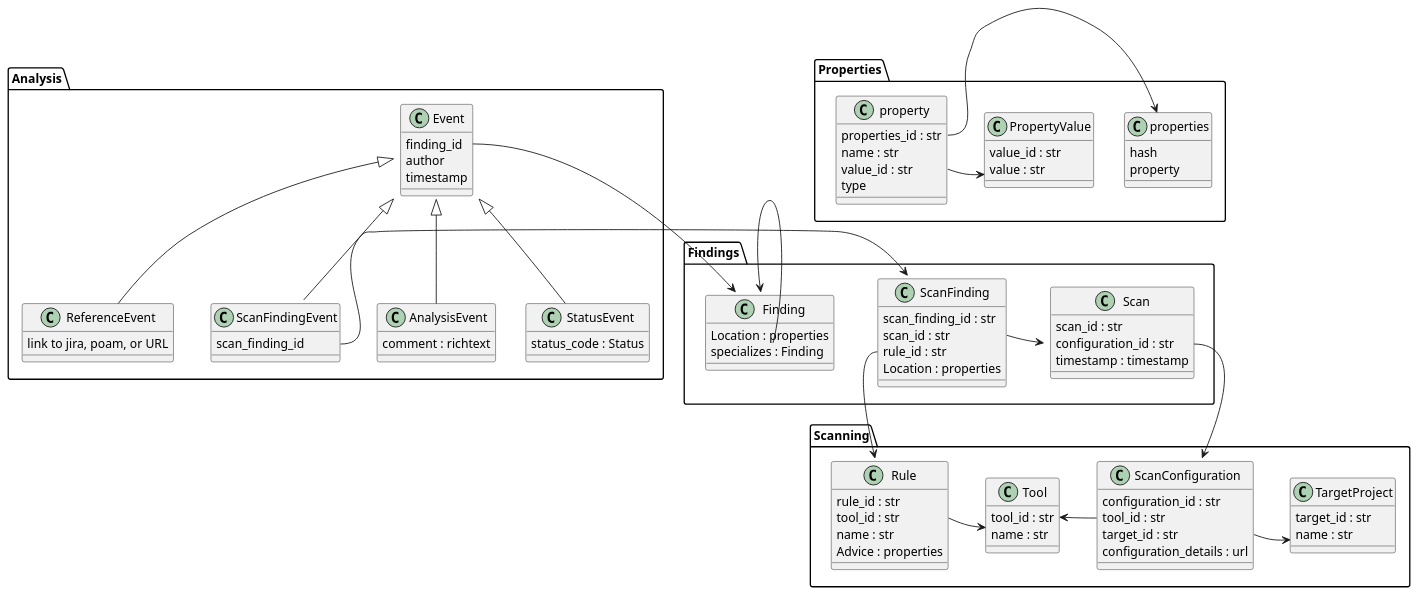
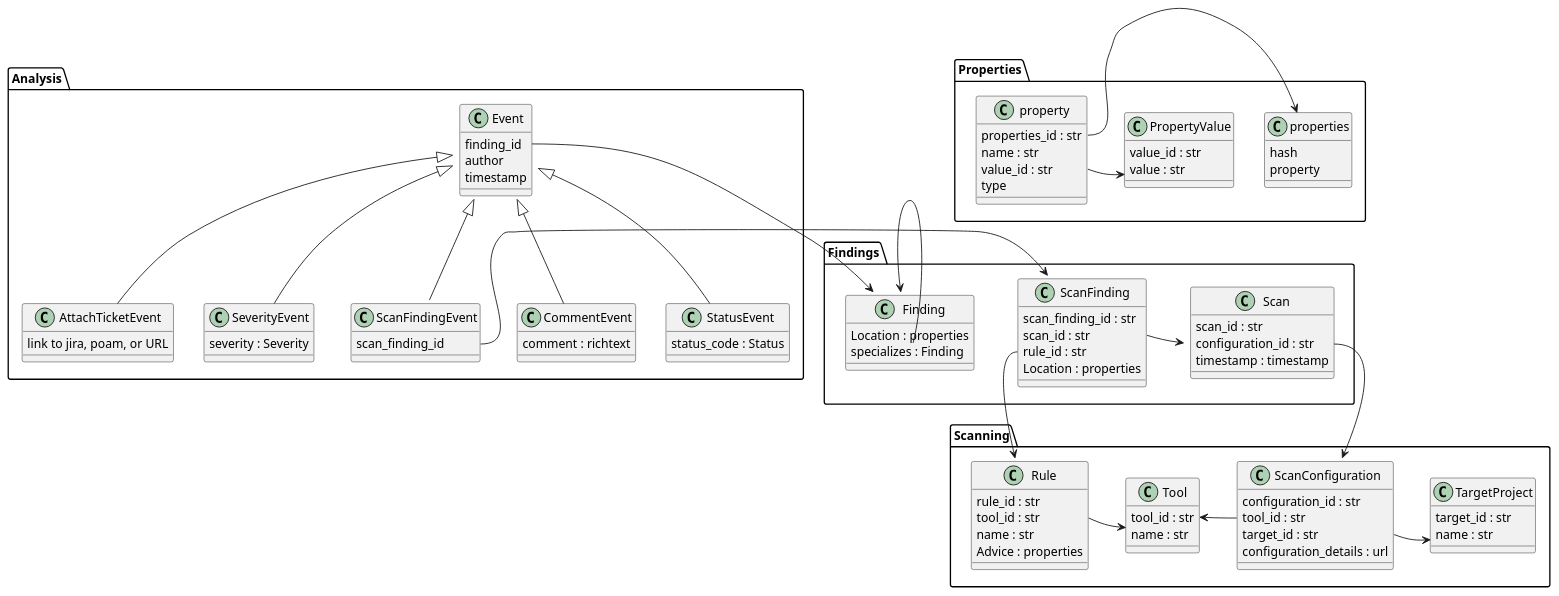
One commit to secknow/sec-kb changed the diagram in vuln-db.puml. Above: the diagram before and after it, drawn with PlantUML. The commit also changed 4 other files, not shown here.

```diff
--- a/vuln-db.puml
+++ b/vuln-db.puml
@@ -1,119 +1,125 @@
 @startuml asdf
 
 package Scanning {
 
     class TargetProject {
         target_id : str
         name : str
     }
 
     class Tool {
         tool_id : str
         name : str
     }
 
     class Rule {
         rule_id : str
         tool_id : str
         name : str
         Advice : properties
     }
 
     Rule::tool_id -> Tool
 
     class ScanConfiguration {
         configuration_id : str
         tool_id : str
         target_id : str
         configuration_details : url
     }
+
     ScanConfiguration::target_id -> TargetProject
     ScanConfiguration::tool_id -> Tool
-} 
+}
 
 package Findings {
 
     class Scan {
         scan_id : str
         configuration_id : str
         timestamp : timestamp
     }
 
     class ScanFinding {
         scan_finding_id : str
         scan_id : str
         rule_id : str
         Location : properties
     }
 
     ScanFinding::scan_id -> Scan
     ScanFinding::rule_id -> Rule
 
     Scan::configuration_id --> ScanConfiguration
 
     class Finding {
         Location : properties
         specializes : Finding
     }
 
     Finding::specializes -> Finding
 }
 
 package Analysis {
 
     class Event {
         finding_id
         author
         timestamp
     }
 
     Event::finding_id -> Finding
 
-    Event <|-- AnalysisEvent
+    Event <|-- CommentEvent
     Event <|-- StatusEvent
-    Event <|-- ReferenceEvent
+    Event <|-- AttachTicketEvent
     Event <|-- ScanFindingEvent
+    Event <|-- SeverityEvent
 
     class ScanFindingEvent {
         scan_finding_id
     }
     ScanFindingEvent::scan_finding_id -> ScanFinding
 
-    class AnalysisEvent {
+    class CommentEvent {
         comment : richtext
+    }
+
+    class SeverityEvent {
+        severity : Severity
     }
 
     class StatusEvent{
         status_code : Status
     }
 
-    class ReferenceEvent{
+    class AttachTicketEvent {
         link to jira, poam, or URL
     }
 }
 
 package Properties {
 
     Class properties {
         hash
         property
     }
 
     Class property {
         properties_id : str
         name : str
         value_id : str
         type
     }
 
     property::properties_id -> properties
 
     class PropertyValue {
         value_id : str
         value : str
     }
 
     property::value_id -> PropertyValue
 }
 
 @enduml
```
